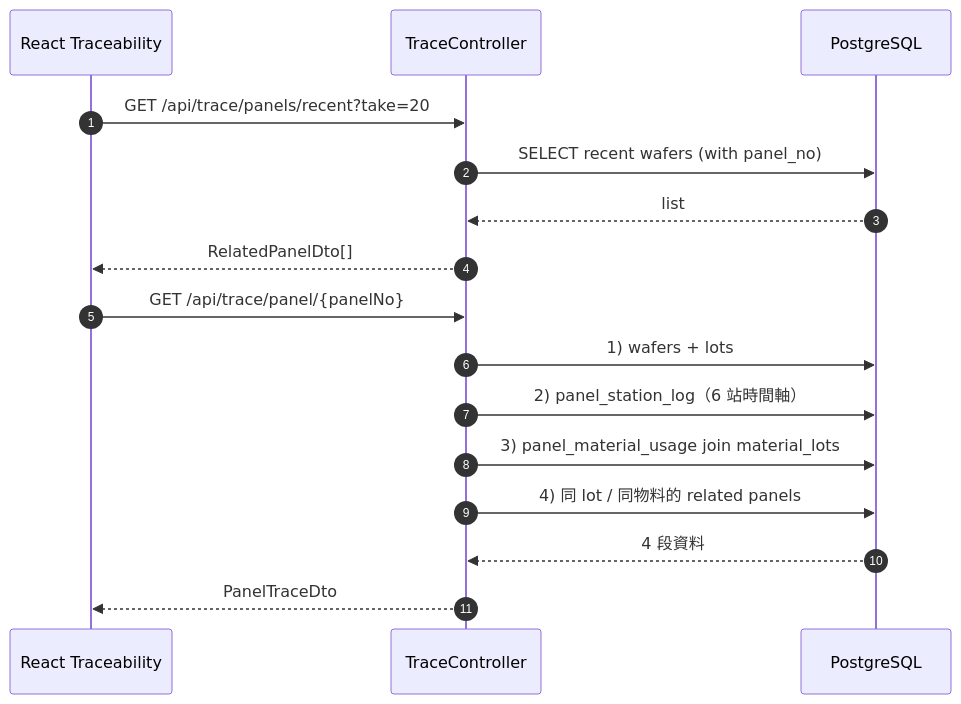
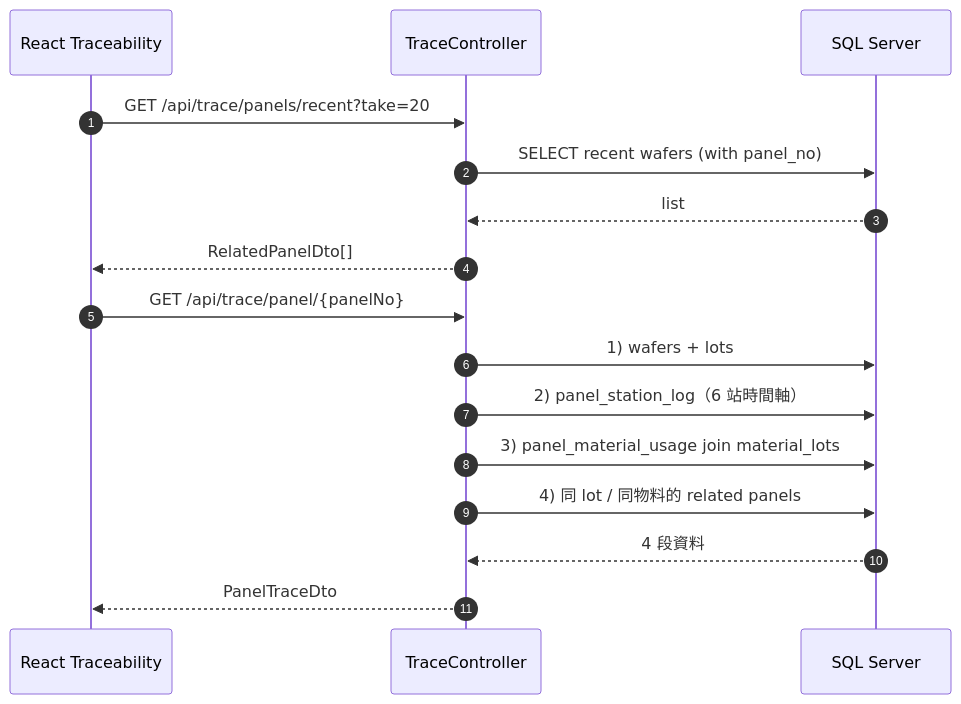
Before and after one commit to sfad159357/aoi-ops-platform: the fifth of 6 diagrams in graph.md, drawn with Mermaid. The commit also changed other lines of this file and 7 other files, not shown here.

First line of the commit message:
chore: default to SQL Server and add dev compose

````diff
--- a/graph.md
+++ b/graph.md
@@ -198,19 +198,19 @@
 ```mermaid
 sequenceDiagram
   autonumber
   participant FE as React Traceability
   participant API as TraceController
-  participant PG as PostgreSQL
+  participant DB as SQL Server
 
   FE->>API: GET /api/trace/panels/recent?take=20
-  API->>PG: SELECT recent wafers (with panel_no)
-  PG-->>API: list
+  API->>DB: SELECT recent wafers (with panel_no)
+  DB-->>API: list
   API-->>FE: RelatedPanelDto[]
   FE->>API: GET /api/trace/panel/{panelNo}
-  API->>PG: 1) wafers + lots
-  API->>PG: 2) panel_station_log（6 站時間軸）
-  API->>PG: 3) panel_material_usage join material_lots
-  API->>PG: 4) 同 lot / 同物料的 related panels
-  PG-->>API: 4 段資料
+  API->>DB: 1) wafers + lots
+  API->>DB: 2) panel_station_log（6 站時間軸）
+  API->>DB: 3) panel_material_usage join material_lots
+  API->>DB: 4) 同 lot / 同物料的 related panels
+  DB-->>API: 4 段資料
   API-->>FE: PanelTraceDto
 ```
````
